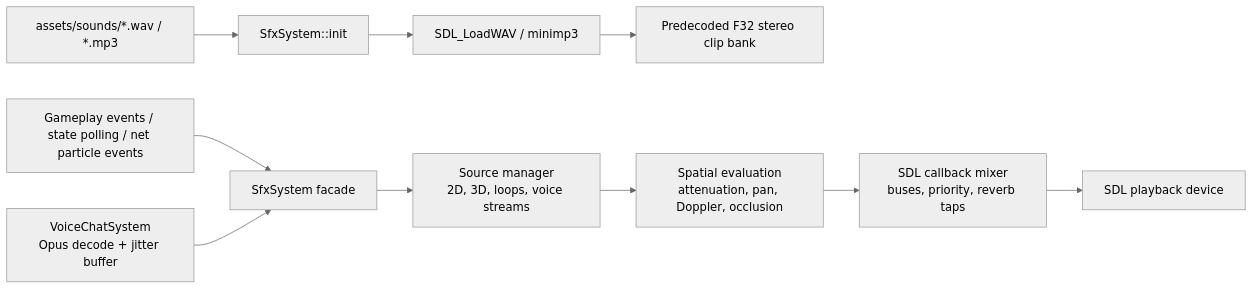
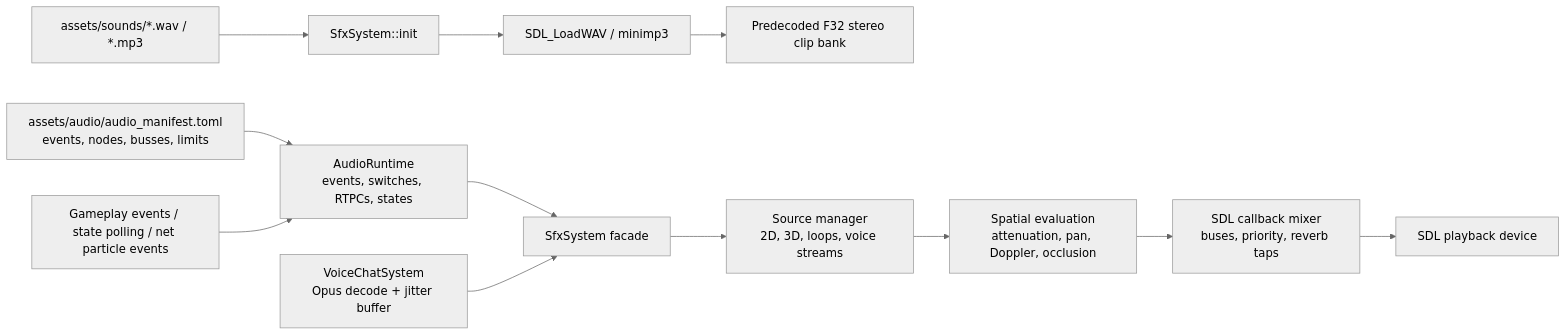
The diagram in docs/sfx.md (ucsd-cse125-sp26/group2), drawn with Mermaid (neutral theme) before and after one commit. The commit also changed other lines of this file and 1 other file, not shown here.

Commit message:
Document Wwise style audio runtime

````diff
--- a/docs/sfx.md
+++ b/docs/sfx.md
@@ -13,12 +13,14 @@
 ```mermaid
 flowchart LR
   Assets["assets/sounds/*.wav / *.mp3"] --> Init["SfxSystem::init"]
   Init --> Decode["SDL_LoadWAV / minimp3"]
   Decode --> Clips["Predecoded F32 stereo clip bank"]
-  Gameplay["Gameplay events / state polling / net particle events"] --> Facade["SfxSystem facade"]
+  Manifest["assets/audio/audio_manifest.toml<br/>events, nodes, busses, limits"] --> Runtime["AudioRuntime<br/>events, switches, RTPCs, states"]
+  Gameplay["Gameplay events / state polling / net particle events"] --> Runtime
+  Runtime --> Facade["SfxSystem facade"]
   Voice["VoiceChatSystem<br/>Opus decode + jitter buffer"] --> Facade
   Facade --> Sources["Source manager<br/>2D, 3D, loops, voice streams"]
   Sources --> Spatial["Spatial evaluation<br/>attenuation, pan, Doppler, occlusion"]
   Spatial --> Mixer["SDL callback mixer<br/>buses, priority, reverb taps"]
   Mixer --> Device["SDL playback device"]
 ```
````
